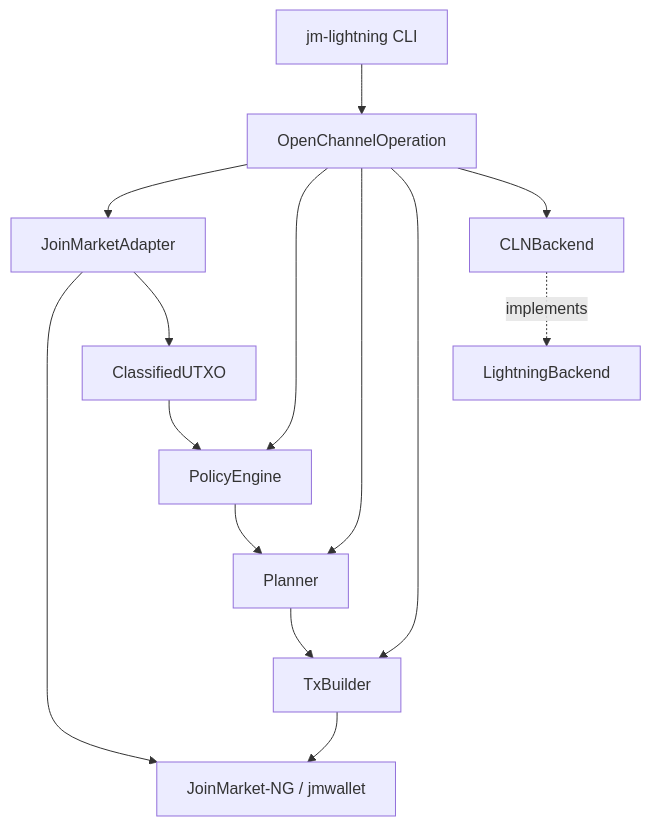
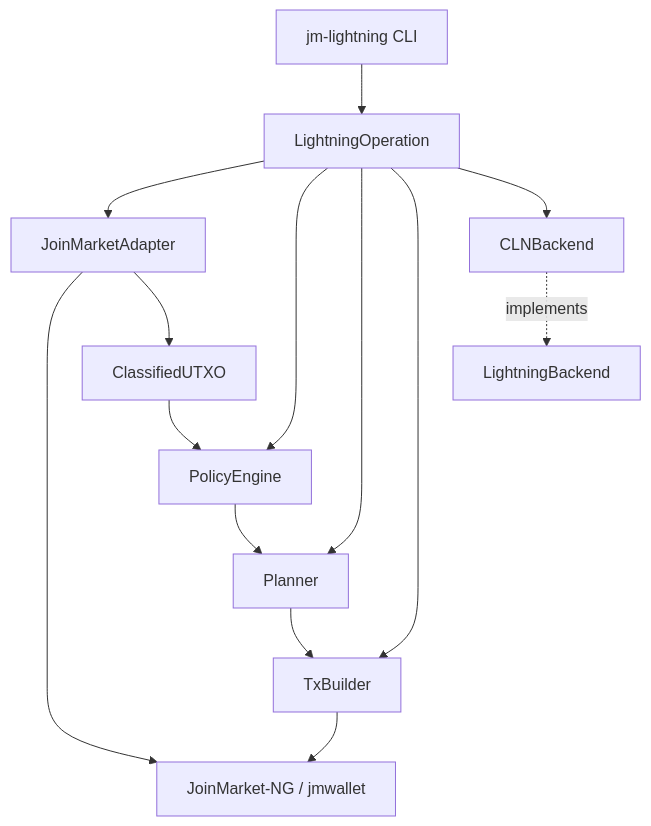
The first of 2 diagrams in README.md (aido/jmlightning), drawn with Mermaid before and after one commit. The commit also changed other lines of this file and 10 other files, not shown here.

````diff
--- a/README.md
+++ b/README.md
@@ -234,17 +234,17 @@
 ```mermaid
 graph TD
-    CLI["jm-lightning CLI"] --> OP["OpenChannelOperation"]
+    CLI["jm-lightning CLI"] --> OP["LightningOperation"]
     OP --> JMA["JoinMarketAdapter"]
     OP --> POLICY["PolicyEngine"]
     OP --> PLANNER["Planner"]
     OP --> TX["TxBuilder"]
     OP --> CLN["CLNBackend"]
 
     JMA --> JM["JoinMarket-NG / jmwallet"]
     JMA --> MODEL["ClassifiedUTXO"]
     MODEL --> POLICY
     POLICY --> PLANNER
     PLANNER --> TX
     TX --> JM
     CLN -. implements .-> LB["LightningBackend"]
 ```
````
